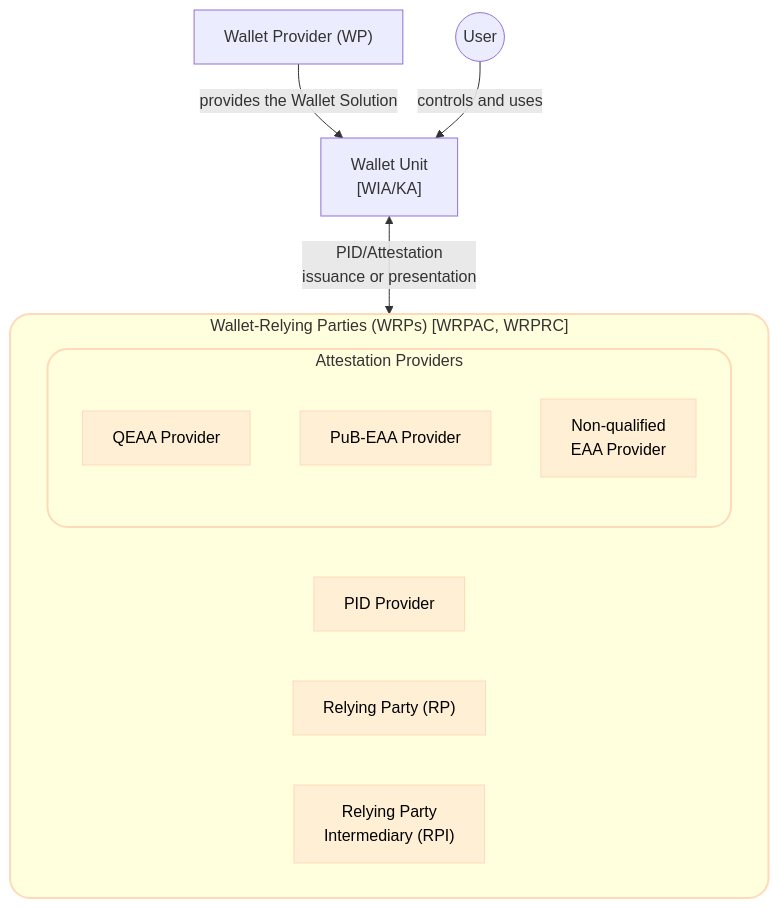
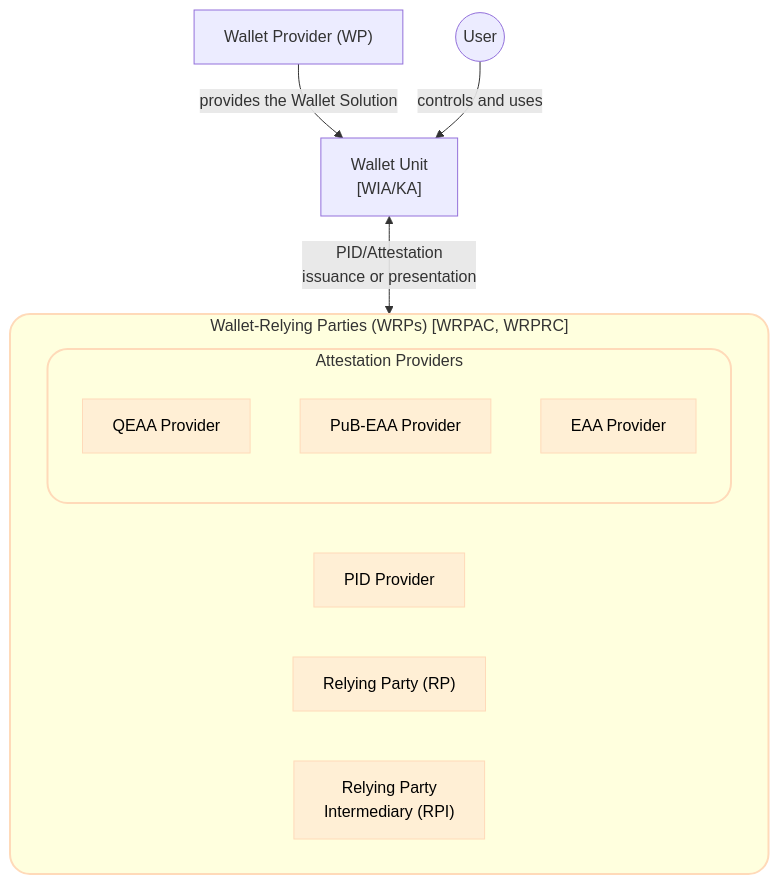
Before and after one commit to APTITUDE-Consortium/wp2-trust-specifications: the first of 3 diagrams in docs/topics/trust-architecture.md, drawn with Mermaid. The commit also changed other lines of this file and 7 other files, not shown here.

````diff
--- a/docs/topics/trust-architecture.md
+++ b/docs/topics/trust-architecture.md
@@ -15,27 +15,27 @@
 ```mermaid
 flowchart TD
     WP["Wallet Provider (WP)"]
     User(("User"))
     WU["Wallet Unit<br/>[WIA/KA]"]
 
     subgraph WRP["Wallet-Relying Parties (WRPs) [WRPAC, WRPRC]"]
         direction LR
         PIDP["PID Provider"]
         subgraph AP["Attestation Providers"]
             QEAAP["QEAA Provider"]
             PubP["PuB-EAA Provider"]
-            EAAP["Non-qualified<br/>EAA Provider"]
+            EAAP["EAA Provider"]
         end
         RP["Relying Party (RP)"]
         RPI["Relying Party<br/>Intermediary (RPI)"]
     end
 
     WP -->|"provides the Wallet Solution"| WU
     User -->|"controls and uses"| WU
     WU <-->|"PID/Attestation<br/>issuance or presentation"| WRP
 
     classDef wrpEntity fill:#ffefd5,stroke:#ffdab9,color:#000;
     class PIDP,QEAAP,PubP,EAAP,RP,RPI wrpEntity;
     style WRP stroke:#ffdab9,stroke-width:2px,rx:20,ry:20
     style AP stroke:#ffdab9,stroke-width:2px,rx:20,ry:20
 ```
````
